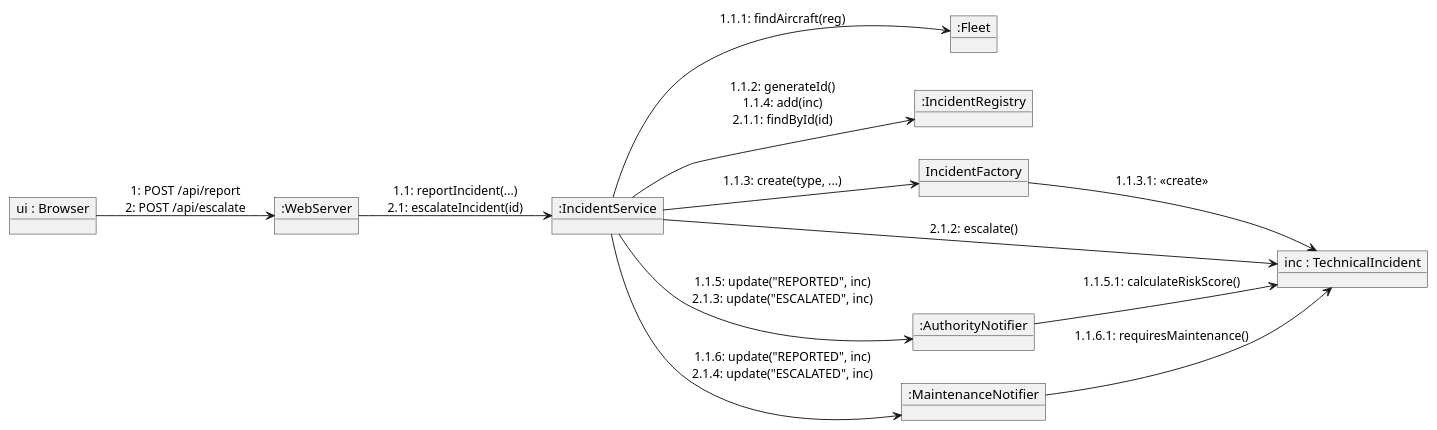
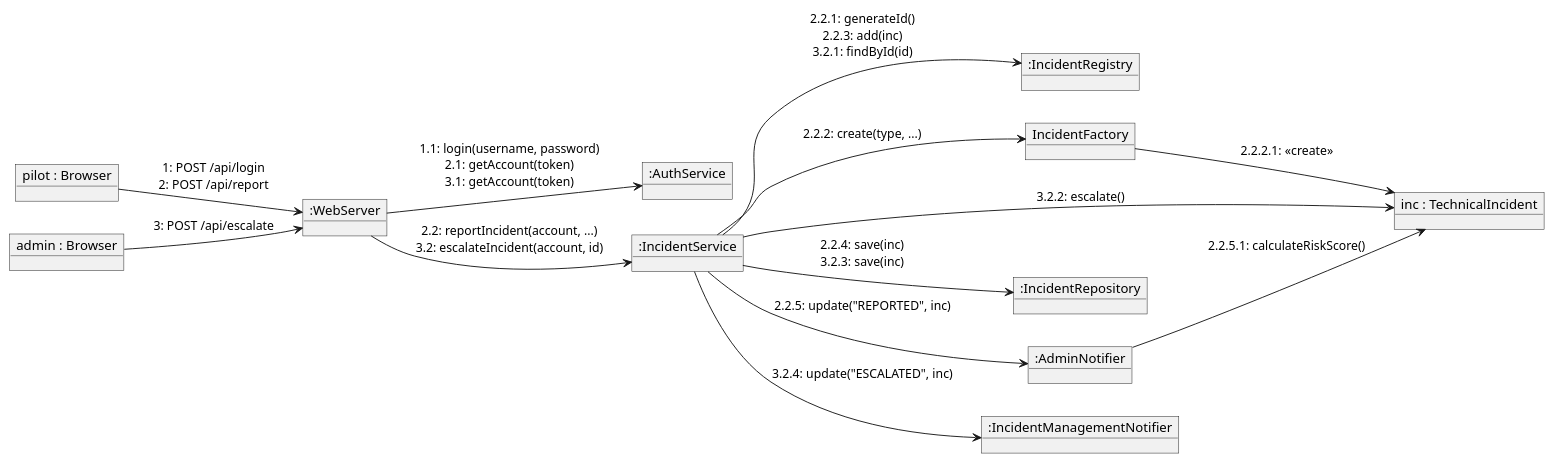
The ninth of 10 diagrams in docs/UML_DIAGRAMS.md (hassanshakil22/OOAD-ASIMS), drawn with PlantUML before and after one commit. The commit also changed other lines of this file and 25 other files, not shown here.

Commit message:
Update report, UML diagrams, test results and README for the new system

````diff
--- a/docs/UML_DIAGRAMS.md
+++ b/docs/UML_DIAGRAMS.md
@@ -726,26 +688,29 @@
 ```plantuml
 @startuml
 left to right direction
-object "ui : Browser" as UI
+object "pilot : Browser" as P
+object "admin : Browser" as A
 object ":WebServer" as WEB
+object ":AuthService" as AUTH
 object ":IncidentService" as SVC
-object ":Fleet" as FLEET
 object ":IncidentRegistry" as REG
 object "IncidentFactory" as FAC
 object "inc : TechnicalIncident" as INC
-object ":AuthorityNotifier" as AUTH
-object ":MaintenanceNotifier" as MAINT
+object ":IncidentRepository" as REPO
+object ":AdminNotifier" as ADM
+object ":IncidentManagementNotifier" as MGT
 
-UI --> WEB : 1: POST /api/report\n2: POST /api/escalate
-WEB --> SVC : 1.1: reportIncident(...)\n2.1: escalateIncident(id)
-SVC --> FLEET : 1.1.1: findAircraft(reg)
-SVC --> REG : 1.1.2: generateId()\n1.1.4: add(inc)\n2.1.1: findById(id)
-SVC --> FAC : 1.1.3: create(type, ...)
-FAC --> INC : 1.1.3.1: <<create>>
-SVC --> INC : 2.1.2: escalate()
-SVC --> AUTH : 1.1.5: update("REPORTED", inc)\n2.1.3: update("ESCALATED", inc)
-SVC --> MAINT : 1.1.6: update("REPORTED", inc)\n2.1.4: update("ESCALATED", inc)
-AUTH --> INC : 1.1.5.1: calculateRiskScore()
-MAINT --> INC : 1.1.6.1: requiresMaintenance()
+P --> WEB : 1: POST /api/login\n2: POST /api/report
+A --> WEB : 3: POST /api/escalate
+WEB --> AUTH : 1.1: login(username, password)\n2.1: getAccount(token)\n3.1: getAccount(token)
+WEB --> SVC : 2.2: reportIncident(account, ...)\n3.2: escalateIncident(account, id)
+SVC --> REG : 2.2.1: generateId()\n2.2.3: add(inc)\n3.2.1: findById(id)
+SVC --> FAC : 2.2.2: create(type, ...)
+FAC --> INC : 2.2.2.1: <<create>>
+SVC --> REPO : 2.2.4: save(inc)\n3.2.3: save(inc)
+SVC --> ADM : 2.2.5: update("REPORTED", inc)
+SVC --> INC : 3.2.2: escalate()
+SVC --> MGT : 3.2.4: update("ESCALATED", inc)
+ADM --> INC : 2.2.5.1: calculateRiskScore()
 @enduml
 ```
````
